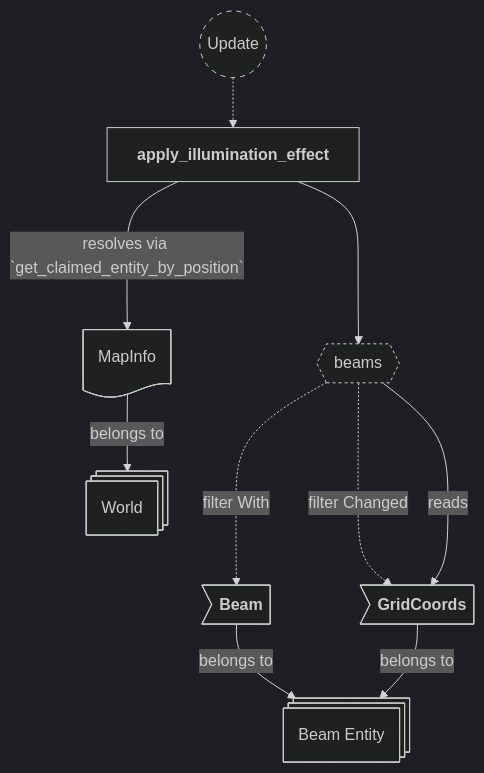
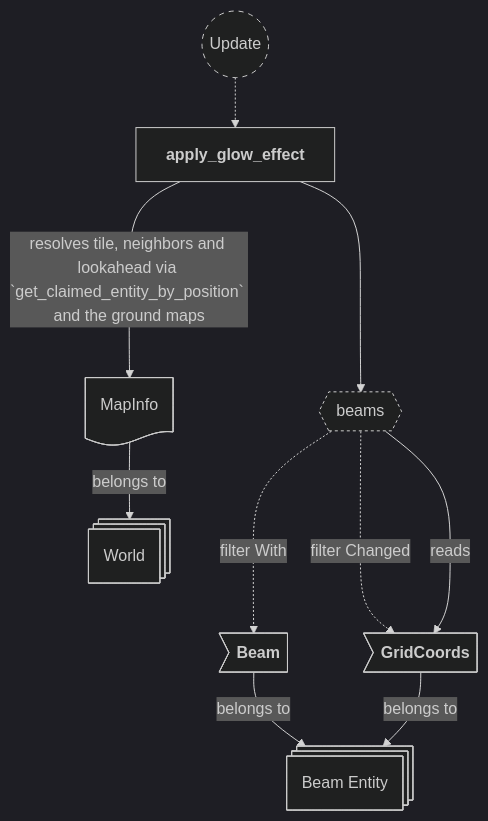
One commit to neurosoup/tyled changed diagram 23 of 29 in backlog/docs/doc-10 - 008-Effects-plugin.md. Above: the diagram before and after it, drawn with Mermaid. The commit also changed other lines of this file and 10 other files, not shown here.

First line of the commit message:
Feat: replace beam tile tint with a lit-overlay glow on tiles and floor

````diff
--- a/backlog/docs/doc-10 - 008-Effects-plugin.md
+++ b/backlog/docs/doc-10 - 008-Effects-plugin.md
@@ -973,32 +998,32 @@
 ```mermaid
 ---
 config:
   theme: dark
 ---
 
 flowchart TD
 classDef system-group stroke-dasharray: 5 5
 classDef query stroke-dasharray: 3 3
 
 update(("`Update`")):::system-group
-apply_illumination_effect["`**apply_illumination_effect**`"]
+apply_glow_effect["`**apply_glow_effect**`"]
 
-update -.-> apply_illumination_effect
+update -.-> apply_glow_effect
 
 beams_query{{"`beams`"}}:::query
-apply_illumination_effect ---> beams_query
+apply_glow_effect ---> beams_query
 
 beam_entity@{ shape: st-rect, label: "Beam Entity" }
 
 be_beam>"`**Beam**`"] --> |belongs to| beam_entity
 be_grid_coords>"`**GridCoords**`"] --> |belongs to| beam_entity
 
 beams_query -..-> |filter With| be_beam
 beams_query -..-> |filter Changed| be_grid_coords
 beams_query ---> |reads| be_grid_coords
 
 world@{ shape: st-rect, label: "World" }
 map_info_res@{ shape: doc, label: "MapInfo" }
 map_info_res --> |belongs to| world
-apply_illumination_effect ---> |resolves via `get_claimed_entity_by_position`| map_info_res
+apply_glow_effect ---> |resolves tile, neighbors and lookahead via `get_claimed_entity_by_position` and the ground maps| map_info_res
 ```
````
